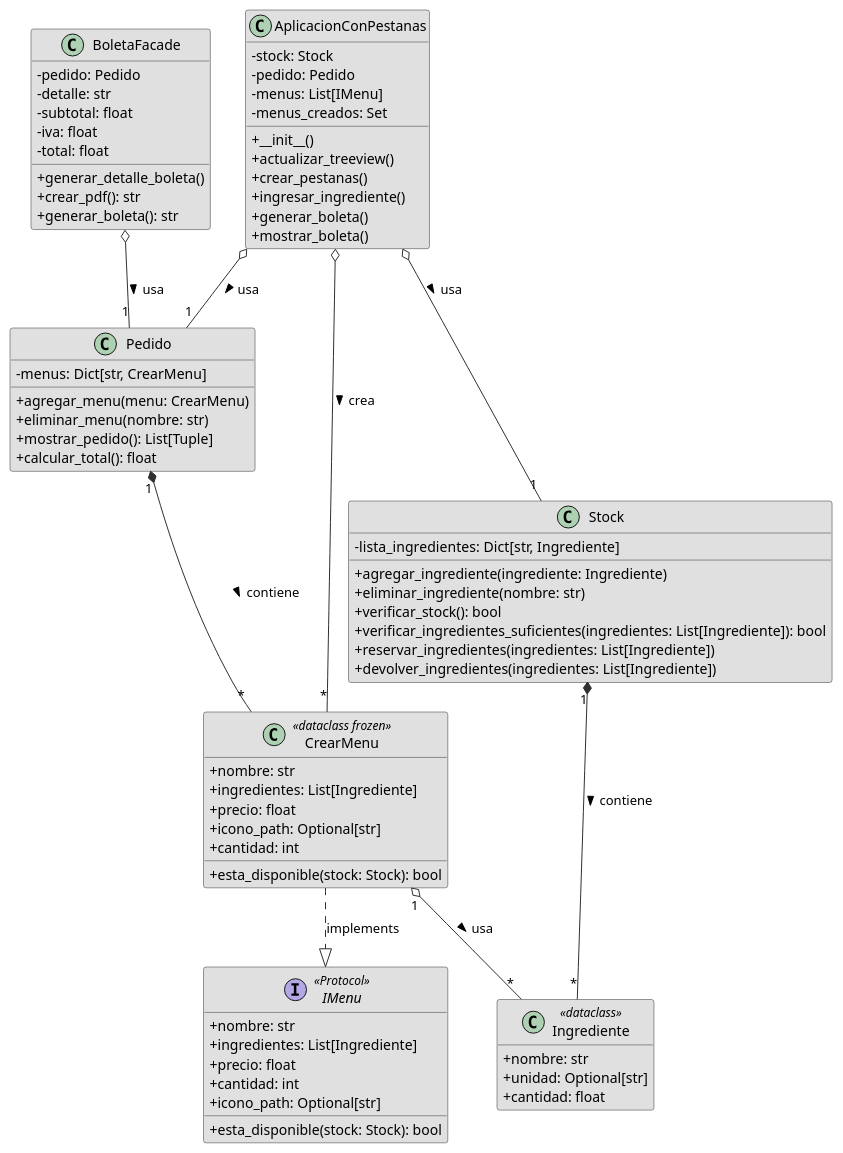
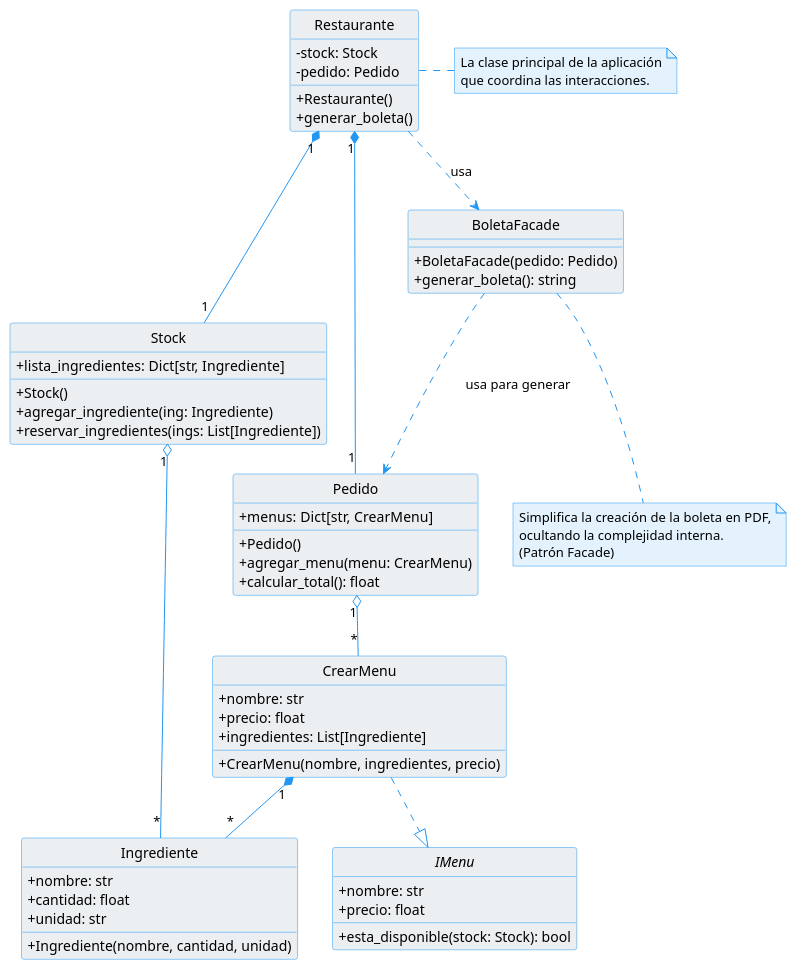
Before and after one commit to Zywite/evaluacion_2: the diagram in diagrams/class_diagram.puml, drawn with PlantUML. The commit also changed 1 other file, not shown here.

Commit message:
docs(diagram): actualizar diagrama de clases
- Se añaden los constructores a las clases.

```diff
--- a/diagrams/class_diagram.puml
+++ b/diagrams/class_diagram.puml
@@ -1,93 +1,85 @@
-@startuml DiagramaDeClasesDelSistema
-
-' Configuración del estilo
+@startuml
+' skinparam para mejorar la apariencia
 skinparam classAttributeIconSize 0
-skinparam monochrome false
-skinparam shadowing false
+skinparam style strictuml
 skinparam class {
-    BackgroundColor #E0E0E0
-    BorderColor #303030
-    ArrowColor #303030
+    ArrowColor #2196F3
+    BorderColor #2196F3
+    BackgroundColor #ECEFF1
+}
+skinparam note {
+    BorderColor #2196F3
+    BackgroundColor #E3F2FD
 }
 
-hide empty members
-
-' Interfaces
-interface IMenu <<Protocol>> {
-    + nombre: str
-    + ingredientes: List[Ingrediente]
-    + precio: float
-    + cantidad: int
-    + icono_path: Optional[str]
-    + esta_disponible(stock: Stock): bool
+' Interfaz y Clases
+interface IMenu {
+  +nombre: str
+  +precio: float
+  +esta_disponible(stock: Stock): bool
 }
 
-' Clases principales
-class AplicacionConPestanas {
-    - stock: Stock
-    - pedido: Pedido
-    - menus: List[IMenu]
-    - menus_creados: Set
-    + __init__()
-    + actualizar_treeview()
-    + crear_pestanas()
-    + ingresar_ingrediente()
-    + generar_boleta()
-    + mostrar_boleta()
+class CrearMenu {
+  +CrearMenu(nombre, ingredientes, precio)
+  +nombre: str
+  +precio: float
+  +ingredientes: List[Ingrediente]
+}
+
+class Ingrediente {
+  +Ingrediente(nombre, cantidad, unidad)
+  +nombre: str
+  +cantidad: float
+  +unidad: str
 }
 
 class Stock {
-    - lista_ingredientes: Dict[str, Ingrediente]
-    + agregar_ingrediente(ingrediente: Ingrediente)
-    + eliminar_ingrediente(nombre: str)
-    + verificar_stock(): bool
-    + verificar_ingredientes_suficientes(ingredientes: List[Ingrediente]): bool
-    + reservar_ingredientes(ingredientes: List[Ingrediente])
-    + devolver_ingredientes(ingredientes: List[Ingrediente])
+  +Stock()
+  +lista_ingredientes: Dict[str, Ingrediente]
+  +agregar_ingrediente(ing: Ingrediente)
+  +reservar_ingredientes(ings: List[Ingrediente])
 }
 
 class Pedido {
-    - menus: Dict[str, CrearMenu]
-    + agregar_menu(menu: CrearMenu)
-    + eliminar_menu(nombre: str)
-    + mostrar_pedido(): List[Tuple]
-    + calcular_total(): float
-}
-
-class Ingrediente <<dataclass>> {
-    + nombre: str
-    + unidad: Optional[str]
-    + cantidad: float
-}
-
-class CrearMenu <<dataclass frozen>> {
-    + nombre: str
-    + ingredientes: List[Ingrediente]
-    + precio: float
-    + icono_path: Optional[str]
-    + cantidad: int
-    + esta_disponible(stock: Stock): bool
+  +Pedido()
+  +menus: Dict[str, CrearMenu]
+  +agregar_menu(menu: CrearMenu)
+  +calcular_total(): float
 }
 
 class BoletaFacade {
-    - pedido: Pedido
-    - detalle: str
-    - subtotal: float
-    - iva: float
-    - total: float
-    + generar_detalle_boleta()
-    + crear_pdf(): str
-    + generar_boleta(): str
+  +BoletaFacade(pedido: Pedido)
+  +generar_boleta(): string
+}
+
+class Restaurante {
+  +Restaurante()
+  -stock: Stock
+  -pedido: Pedido
+  +generar_boleta()
 }
 
 ' Relaciones
-AplicacionConPestanas o-- "1" Stock : usa >
-AplicacionConPestanas o-- "1" Pedido : usa >
-AplicacionConPestanas o-- "*" CrearMenu : crea >
-Stock "1" *-- "*" Ingrediente : contiene >
-Pedido "1" *-- "*" CrearMenu : contiene >
-CrearMenu "1" o-- "*" Ingrediente : usa >
-BoletaFacade o-- "1" Pedido : usa >
-CrearMenu ..|> IMenu : implements
+Restaurante "1" *-- "1" Stock
+Restaurante "1" *-- "1" Pedido
+Restaurante ..> BoletaFacade : "usa"
+
+BoletaFacade ..> Pedido : "usa para generar"
+
+Pedido "1" o-- "*" CrearMenu
+Stock "1" o-- "*" Ingrediente
+CrearMenu "1" *-- "*" Ingrediente
+CrearMenu ..|> IMenu
+
+note right of Restaurante
+  La clase principal de la aplicación
+  que coordina las interacciones.
+end note
+
+note bottom of BoletaFacade
+  Simplifica la creación de la boleta en PDF,
+  ocultando la complejidad interna.
+  (Patrón Facade)
+end note
 
 @enduml
```
